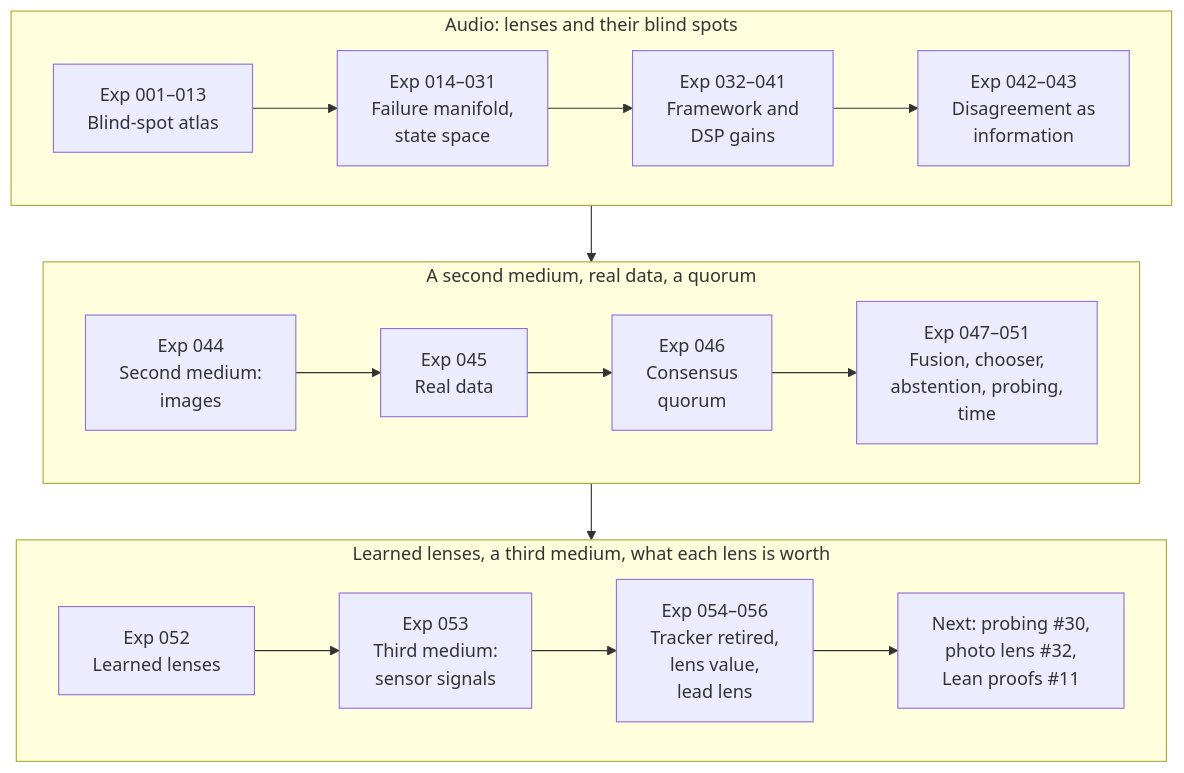
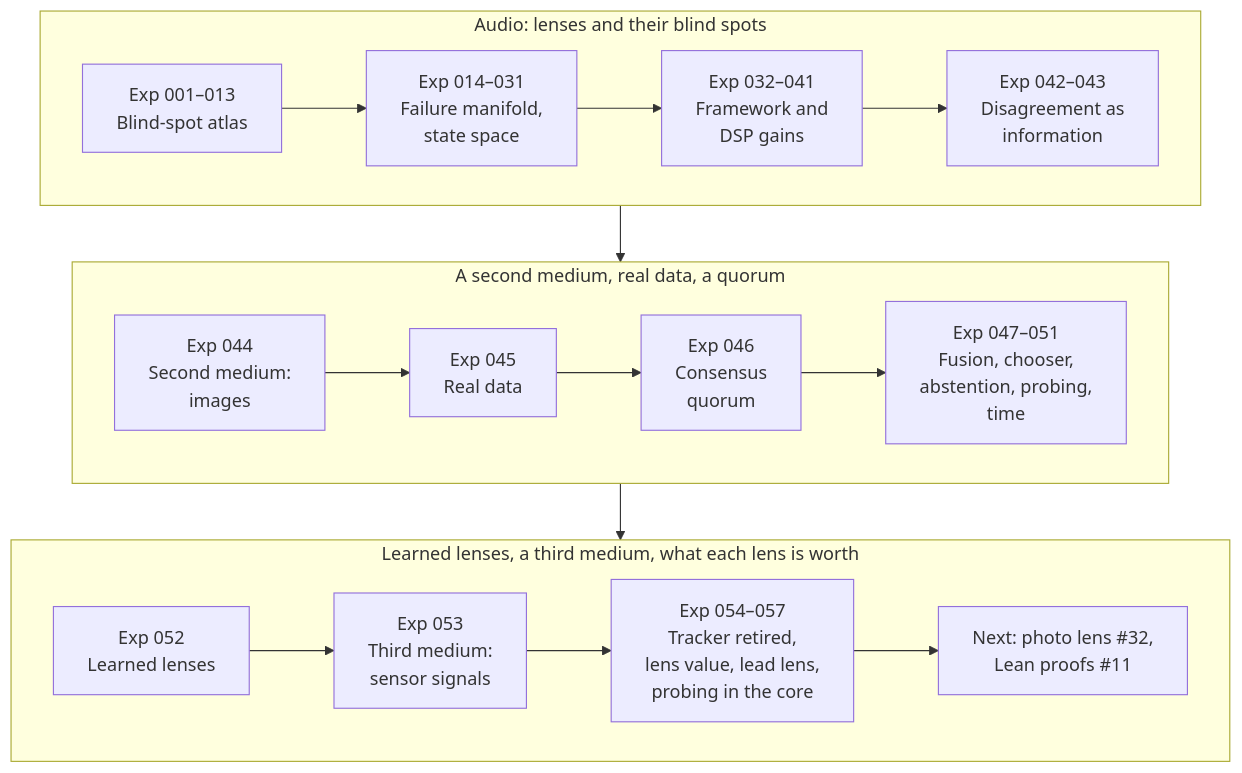
The third of 3 diagrams in README.md (SpacekidLabs/representation-fragility-lab), drawn with Mermaid before and after one commit. The commit also changed other lines of this file and 14 other files, not shown here.

````diff
--- a/README.md
+++ b/README.md
@@ -90,22 +90,22 @@
 ```mermaid
 flowchart TB
     subgraph R1["Audio: lenses and their blind spots"]
         direction LR
         A["Exp 001–013<br/>Blind-spot atlas"] --> B["Exp 014–031<br/>Failure manifold,<br/>state space"]
         B --> C["Exp 032–041<br/>Framework and<br/>DSP gains"]
         C --> D["Exp 042–043<br/>Disagreement as<br/>information"]
     end
     subgraph R2["A second medium, real data, a quorum"]
         direction LR
         E["Exp 044<br/>Second medium:<br/>images"] --> G["Exp 045<br/>Real data"]
         G --> H["Exp 046<br/>Consensus<br/>quorum"]
         H --> I["Exp 047–051<br/>Fusion, chooser,<br/>abstention, probing,<br/>time"]
     end
     subgraph R3["Learned lenses, a third medium, what each lens is worth"]
         direction LR
         J["Exp 052<br/>Learned lenses"] --> K["Exp 053<br/>Third medium:<br/>sensor signals"]
-        K --> L["Exp 054–056<br/>Tracker retired,<br/>lens value,<br/>lead lens"]
-        L --> F["Next: probing #30,<br/>photo lens #32,<br/>Lean proofs #11"]
+        K --> L["Exp 054–057<br/>Tracker retired,<br/>lens value, lead lens,<br/>probing in the core"]
+        L --> F["Next: photo lens #32,<br/>Lean proofs #11"]
     end
     R1 --> R2 --> R3
 ```
````
